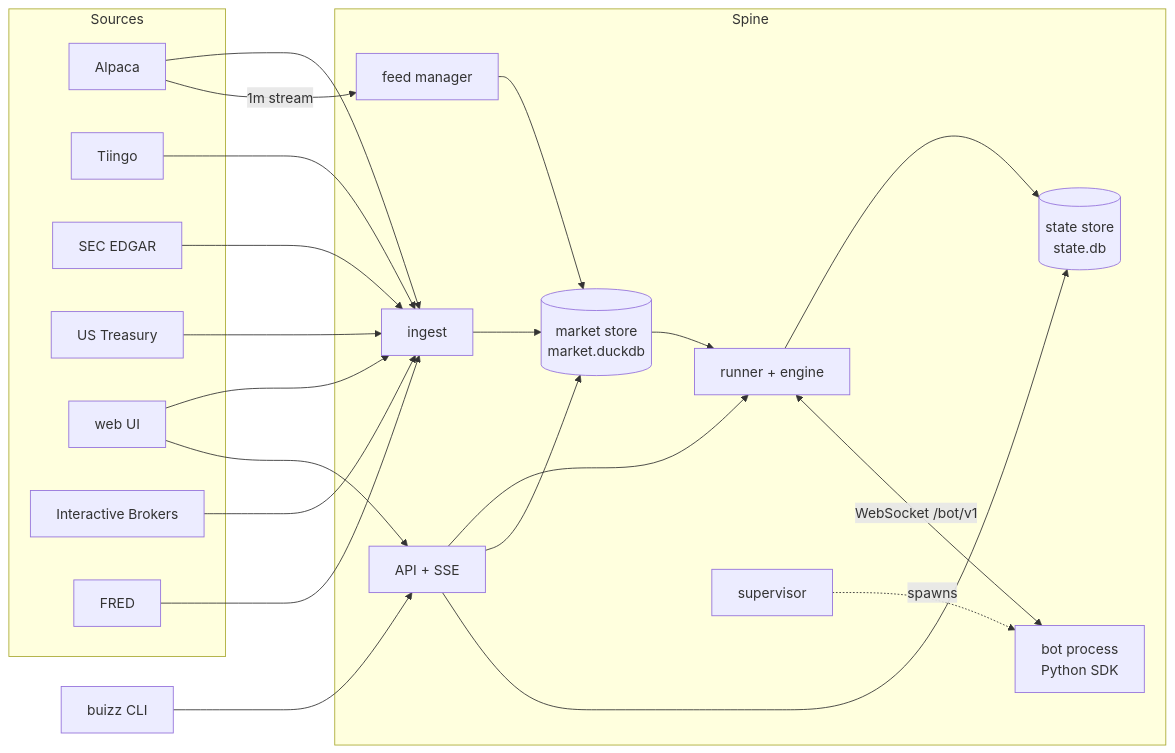
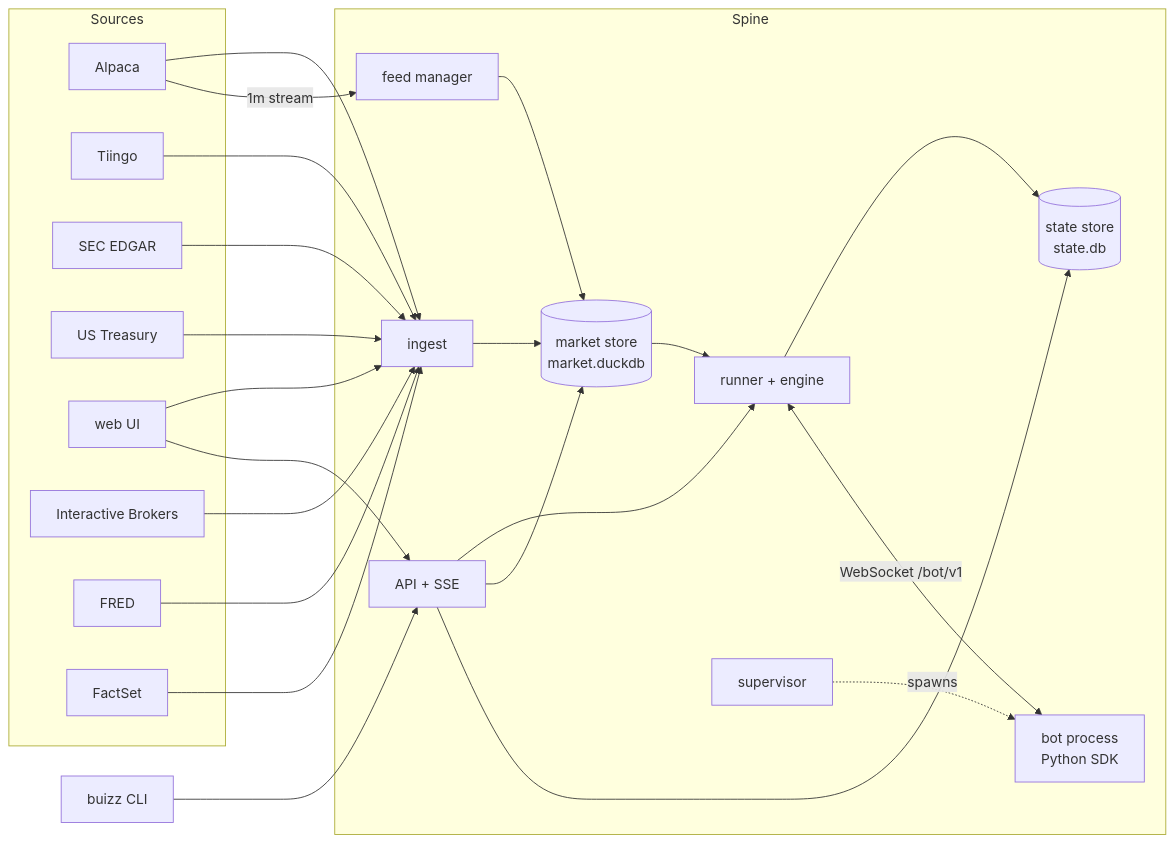
The diagram in docs/architecture.md (mikaelhug/Buizz), drawn with Mermaid before and after one commit. The commit also changed other lines of this file and 39 other files, not shown here.

Commit message:
WIP: FactSet Earnings Insight dataset and forward_pe_tilt

````diff
--- a/docs/architecture.md
+++ b/docs/architecture.md
@@ -5,33 +5,35 @@
 ```mermaid
 flowchart LR
     subgraph Sources
         A[Alpaca]
         T[Tiingo]
         E[SEC EDGAR]
         R[US Treasury]
         W[Wikipedia]
         K[Interactive Brokers]
         FR[FRED]
+        FS[FactSet]
     end
     subgraph Spine
         I[ingest] --> M[(market store<br/>market.duckdb)]
         F[feed manager] --> M
         M --> RU[runner + engine]
         RU --> S[(state store<br/>state.db)]
         SU[supervisor] -. spawns .-> B
         API[API + SSE] --> RU
         API --> M
         API --> S
     end
     A --> I
     T --> I
     E --> I
     R --> I
     W --> I
     K --> I
     FR --> I
+    FS --> I
     A -- 1m stream --> F
     RU <-- "WebSocket /bot/v1" --> B[bot process<br/>Python SDK]
     W[web UI] --> API
     C[buizz CLI] --> API
 ```
````
